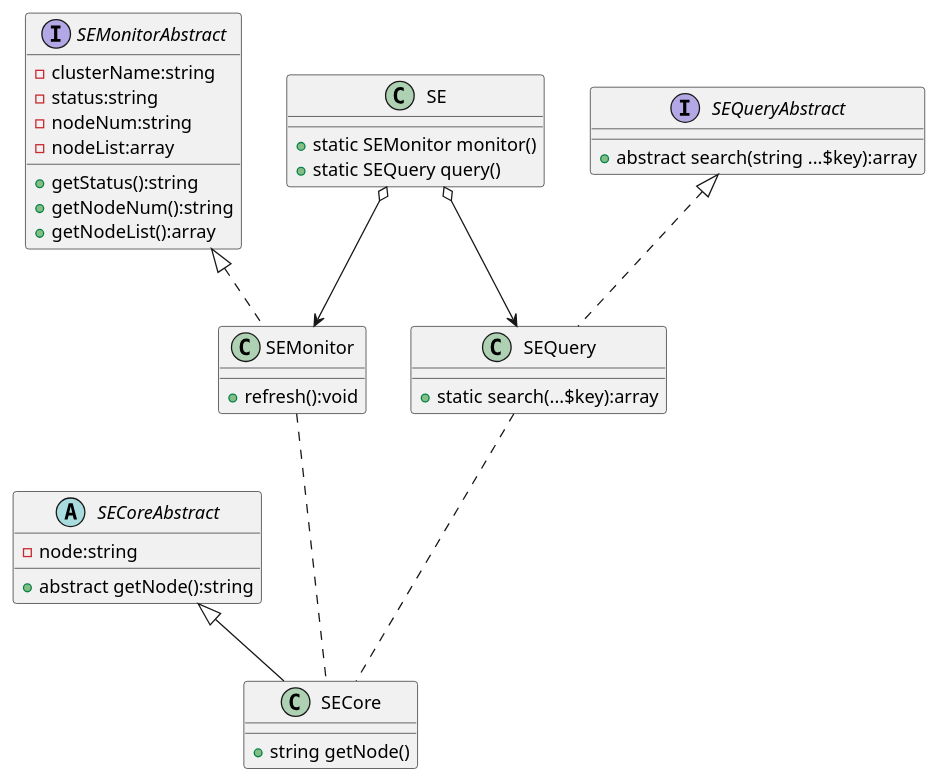
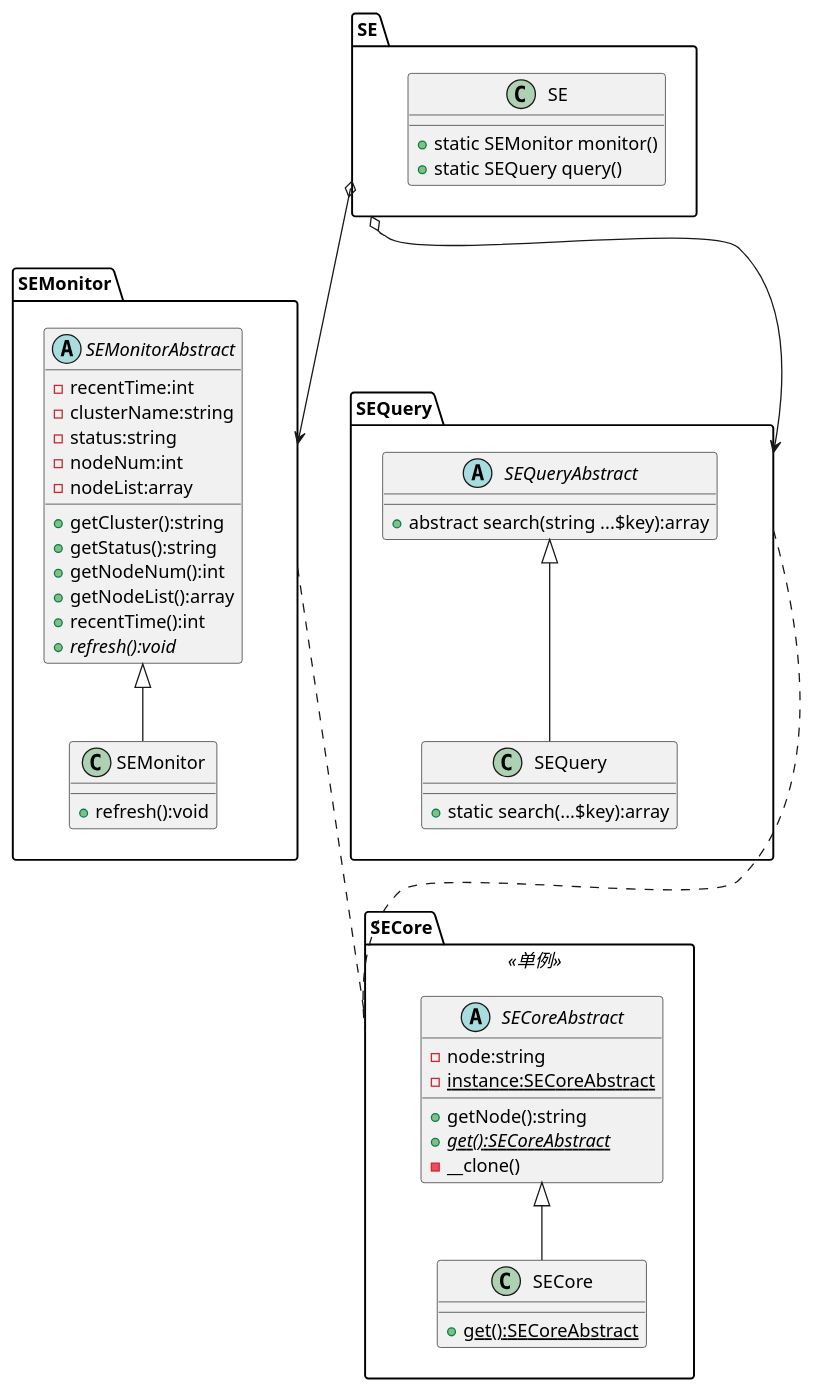
Before and after one commit to 1000Delta/CurrentWork: the diagram in docs/ModuleStructure.puml, drawn with PlantUML. The commit also changed 1 other file, not shown here.

Commit message:
docs:修订功能类图

```diff
--- a/docs/ModuleStructure.puml
+++ b/docs/ModuleStructure.puml
@@ -1,58 +1,80 @@
 @startuml
 
 '核心类
-abstract class SECoreAbstract {
-- node:string
-+ abstract getNode():string
-}
+package SECore <<单例>>{
 
-class SECore extends SECoreAbstract {
-+ string getNode()
+    '
+    abstract class SECoreAbstract {
+
+    - node:string
+    - {static}instance:SECoreAbstract
+    + getNode():string
+    + {static}{abstract}get():SECoreAbstract
+    '防止单例克隆
+    - __clone()
+    }
+
+    class SECore extends SECoreAbstract {
+
+    + {static}get():SECoreAbstract
+    }
 }
 '*************************************************************************
+'监测类
+package SEMonitor {
 
-'监测类
-interface SEMonitorAbstract {
-'集群相关
-- clusterName:string
-- status:string
-- nodeNum:string
-'节点相关
-- nodeList:array
-+ getStatus():string
-+ getNodeNum():string
-+ getNodeList():array
-}
+    abstract class SEMonitorAbstract {
+    - recentTime:int
+    '集群相关
+    - clusterName:string
+    - status:string
+    - nodeNum:int
+    '节点相关
+    - nodeList:array
+    + getCluster():string
+    + getStatus():string
+    + getNodeNum():int
+    + getNodeList():array
+    + recentTime():int
+    + {abstract}refresh():void
+    }
 
-class SEMonitor implements SEMonitorAbstract {
-+ refresh():void
+    class SEMonitor extends SEMonitorAbstract {
+    + refresh():void
+    }
 }
 '*************************************************************************
 
 '查询类
-Interface SEQueryAbstract {
-'普通查询 多关键词
-+ abstract search(string ...$key):array
-}
+package SEQuery {
 
-class SEQuery implements SEQueryAbstract {
-+ static search(...$key):array
+    abstract class SEQueryAbstract {
+    '普通查询 多关键词
+    + abstract search(string ...$key):array
+    }
+
+    class SEQuery extends SEQueryAbstract {
+    + static search(...$key):array
+    }
 }
 '*************************************************************************
 '管理
-class SE {
-+ static SEMonitor monitor()
-+ static SEQuery query()
+package SE {
+
+    class SE {
+    + static SEMonitor monitor()
+    + static SEQuery query()
+    }
 }
 '*************************************************************************
 
 '依赖关系
 SEMonitor ... SECore
 SEQuery ... SECore
 
 '包含关系
 
 SE o--> SEMonitor
 SE o--> SEQuery
 
 @enduml
```
